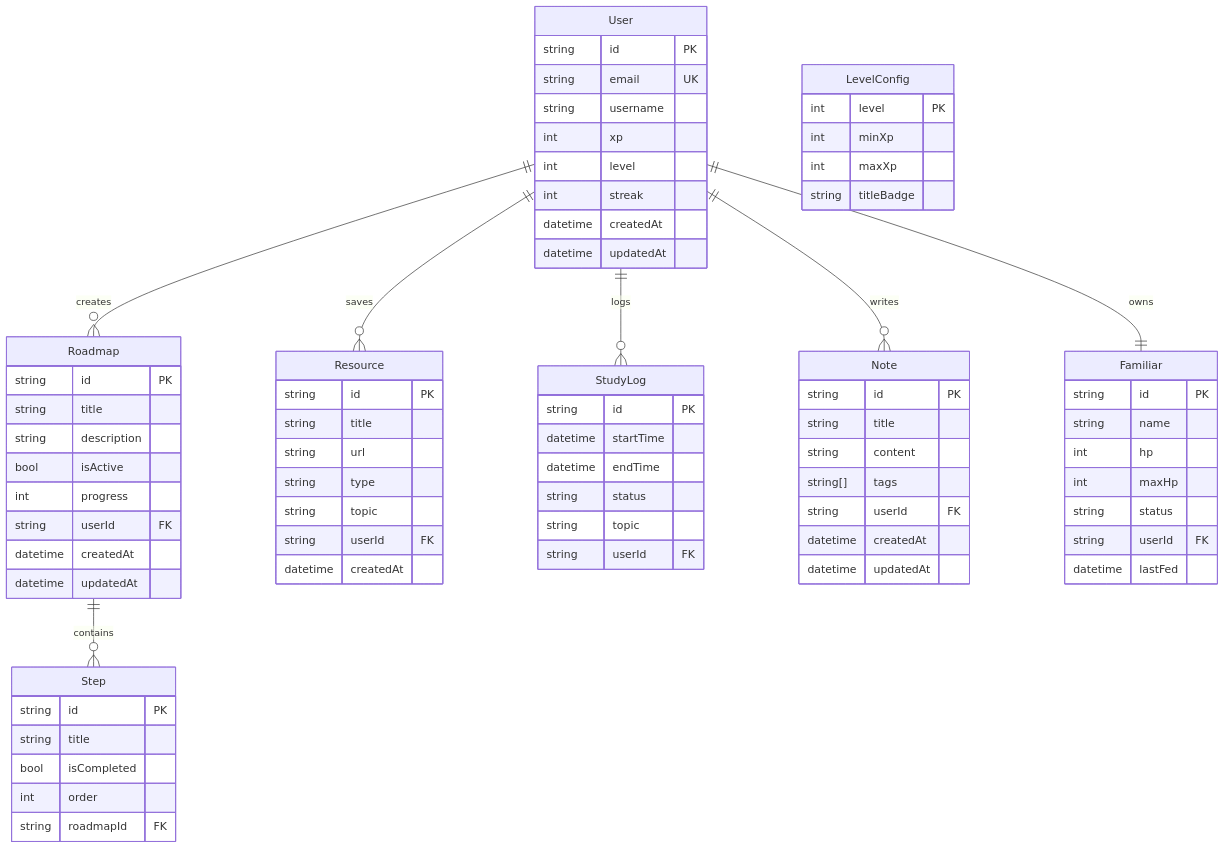
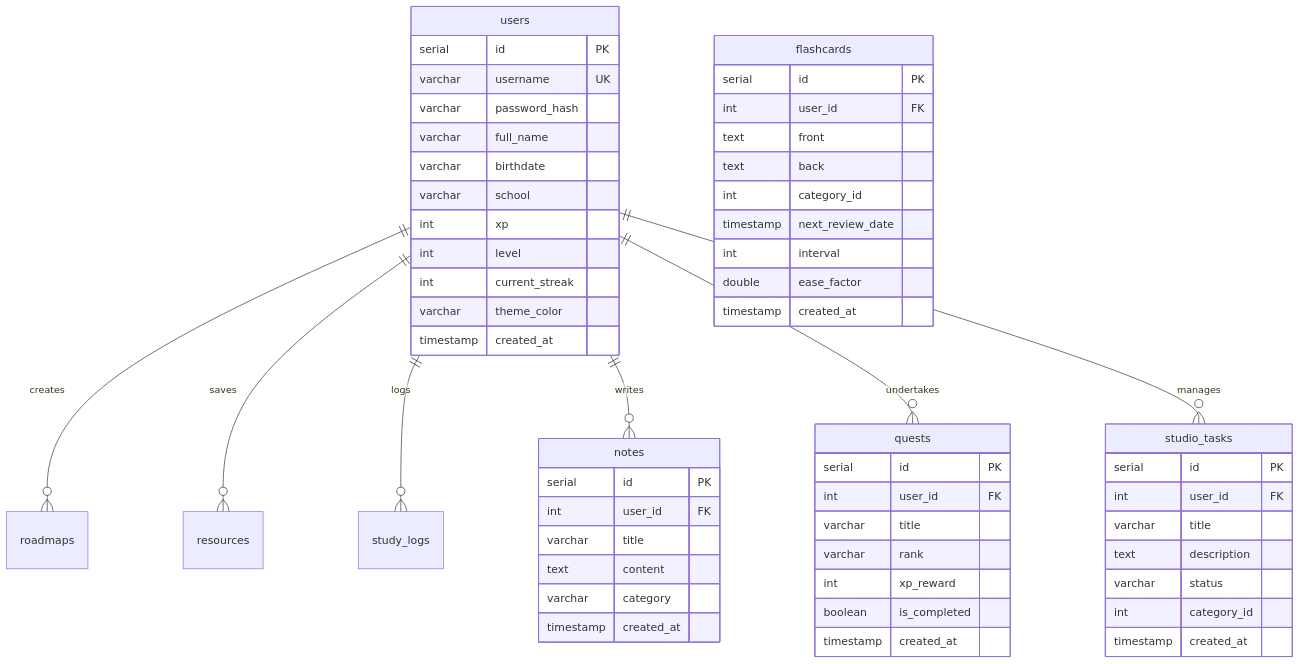
One commit to Insoyntax/Learn-Tracker changed the second of 2 diagrams in PRODUCT_SPEC.md. Above: the diagram before and after it, drawn with Mermaid. The commit also changed other lines of this file and 2 other files, not shown here.

Commit message:
docs: update PRODUCT_SPEC.md, add design.md and ui_ux_design.md specifications for Next.js migration

````diff
--- a/PRODUCT_SPEC.md
+++ b/PRODUCT_SPEC.md
@@ -94,85 +81,64 @@
 ```mermaid
 erDiagram
-    User ||--o{ Roadmap : creates
-    User ||--o{ Resource : saves
-    User ||--o{ StudyLog : logs
-    User ||--o{ Note : writes
-    User ||--|| Familiar : owns
-    Roadmap ||--o{ Step : contains
+    users ||--o{ roadmaps : creates
+    users ||--o{ resources : saves
+    users ||--o{ study_logs : logs
+    users ||--o{ notes : writes
+    users ||--o{ quests : undertakes
+    users ||--o{ studio_tasks : manages
 
-    User {
-        string id PK
-        string email UK
-        string username
+    users {
+        serial id PK
+        varchar username UK
+        varchar password_hash
+        varchar full_name
+        varchar birthdate
+        varchar school
         int xp
         int level
-        int streak
-        datetime createdAt
-        datetime updatedAt
+        int current_streak
+        varchar theme_color
+        timestamp created_at
     }
 
-    Familiar {
-        string id PK
-        string name
-        int hp
-        int maxHp
-        string status
-        string userId FK
-        datetime lastFed
+    notes {
+        serial id PK
+        int user_id FK
+        varchar title
+        text content
+        varchar category
+        timestamp created_at
     }
 
-    Roadmap {
-        string id PK
-        string title
-        string description
-        bool isActive
-        int progress
-        string userId FK
-        datetime createdAt
-        datetime updatedAt
+    flashcards {
+        serial id PK
+        int user_id FK
+        text front
+        text back
+        int category_id
+        timestamp next_review_date
+        int interval
+        double ease_factor
+        timestamp created_at
     }
 
-    Step {
-        string id PK
-        string title
-        bool isCompleted
-        int order
-        string roadmapId FK
+    quests {
+        serial id PK
+        int user_id FK
+        varchar title
+        varchar rank
+        int xp_reward
+        boolean is_completed
+        timestamp created_at
     }
 
-    Resource {
-        string id PK
-        string title
-        string url
-        string type
-        string topic
-        string userId FK
-        datetime createdAt
-    }
-
-    StudyLog {
-        string id PK
-        datetime startTime
-        datetime endTime
-        string status
-        string topic
-        string userId FK
-    }
-
-    LevelConfig {
-        int level PK
-        int minXp
-        int maxXp
-        string titleBadge
-    }
-
-    Note {
-        string id PK
-        string title
-        string content
-        string[] tags
-        string userId FK
-        datetime createdAt
-        datetime updatedAt
+    studio_tasks {
+        serial id PK
+        int user_id FK
+        varchar title
+        text description
+        varchar status
+        int category_id
+        timestamp created_at
     }
 ```
````
